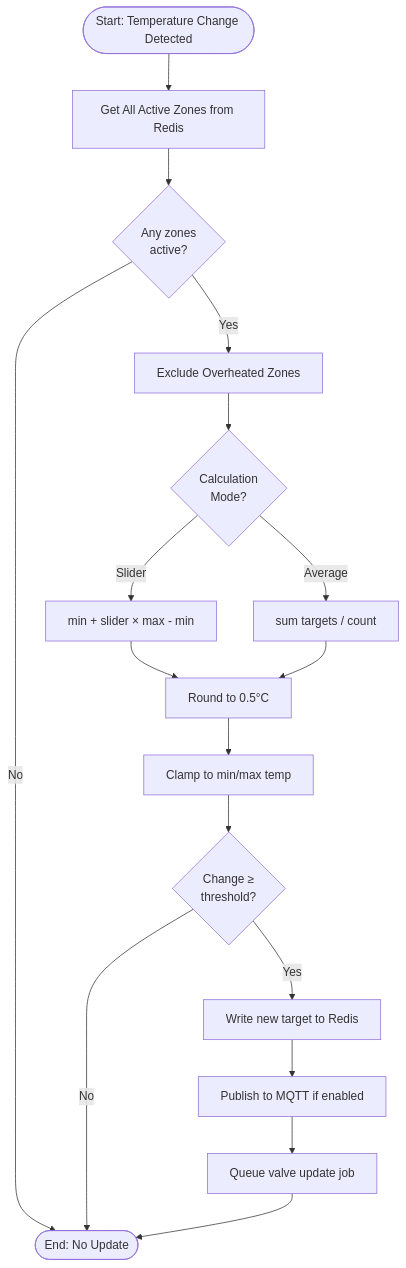
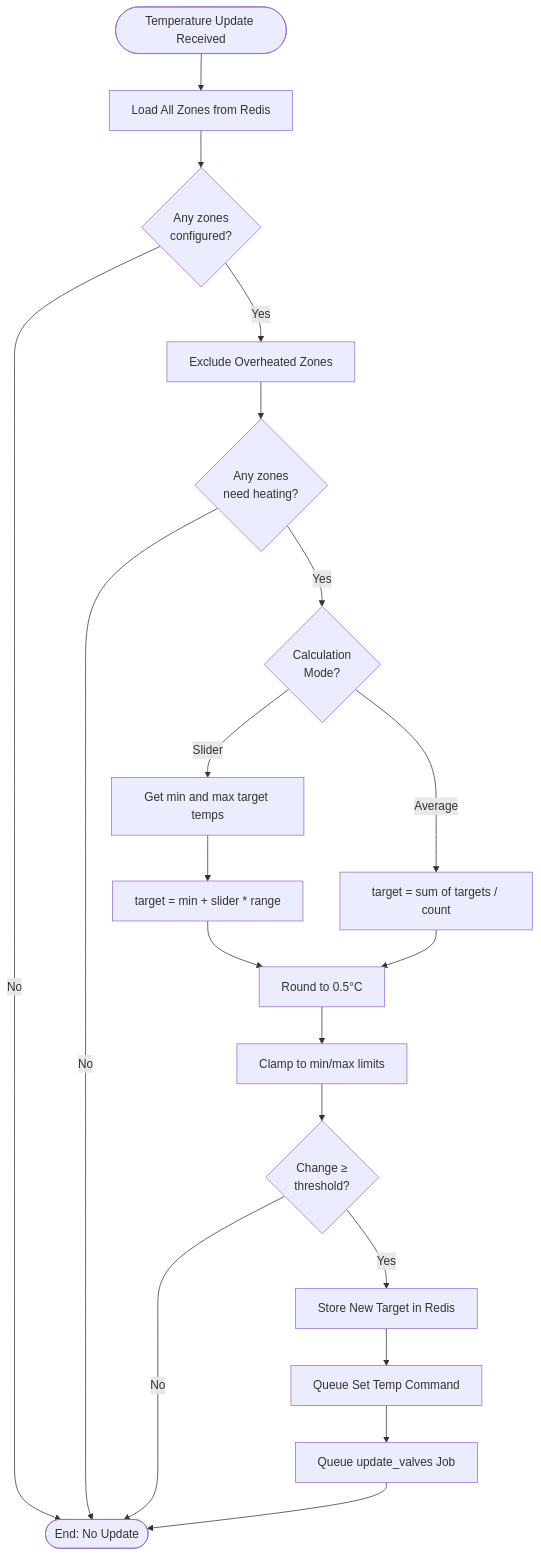
One commit to Chester929/ha_multizone_climate changed diagram 11 of 24 in DIAGRAMS.md. Above: the diagram before and after it, drawn with Mermaid. The commit also changed other lines of this file and 4 other files, not shown here.

First line of the commit message:
Regenerate DIAGRAMS.md for 2-container architecture and remove backup files (#68)

````diff
--- a/DIAGRAMS.md
+++ b/DIAGRAMS.md
@@ -737,24 +701,28 @@
 ```mermaid
 flowchart TD
-    Start([Start: Temperature Change Detected]) --> GetZones[Get All Active Zones from Redis]
-    GetZones --> CheckZones{Any zones<br/>active?}
+    Start([Temperature Update Received]) --> GetZones[Load All Zones from Redis]
+    GetZones --> CheckZones{Any zones<br/>configured?}
     CheckZones -->|No| End([End: No Update])
     CheckZones -->|Yes| FilterOverheated[Exclude Overheated Zones]
     
-    FilterOverheated --> CheckMode{Calculation<br/>Mode?}
+    FilterOverheated --> CheckActive{Any zones<br/>need heating?}
+    CheckActive -->|No| End
+    CheckActive -->|Yes| CheckMode{Calculation<br/>Mode?}
     
-    CheckMode -->|Slider| CalcSlider[min + slider × max - min]
-    CheckMode -->|Average| CalcAverage[sum targets / count]
+    CheckMode -->|Slider| GetMinMax[Get min and max target temps]
+    GetMinMax --> CalcSlider[target = min + slider * range]
+    
+    CheckMode -->|Average| CalcAverage[target = sum of targets / count]
     
     CalcSlider --> Round[Round to 0.5°C]
     CalcAverage --> Round
     
-    Round --> Clamp[Clamp to min/max temp]
+    Round --> Clamp[Clamp to min/max limits]
     Clamp --> CheckThreshold{Change ≥<br/>threshold?}
     
     CheckThreshold -->|No| End
-    CheckThreshold -->|Yes| UpdateRedis[Write new target to Redis]
-    UpdateRedis --> PublishMQTT[Publish to MQTT if enabled]
-    PublishMQTT --> QueueValve[Queue valve update job]
+    CheckThreshold -->|Yes| UpdateRedis[Store New Target in Redis]
+    UpdateRedis --> QueueCommand[Queue Set Temp Command]
+    QueueCommand --> QueueValve[Queue update_valves Job]
     QueueValve --> End
 ```
````
